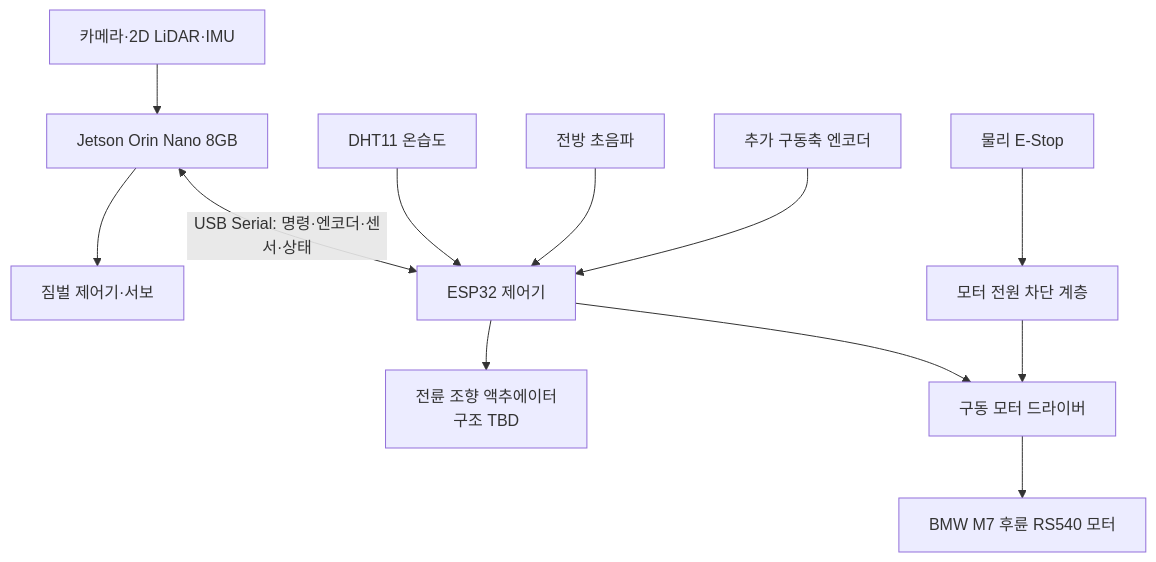
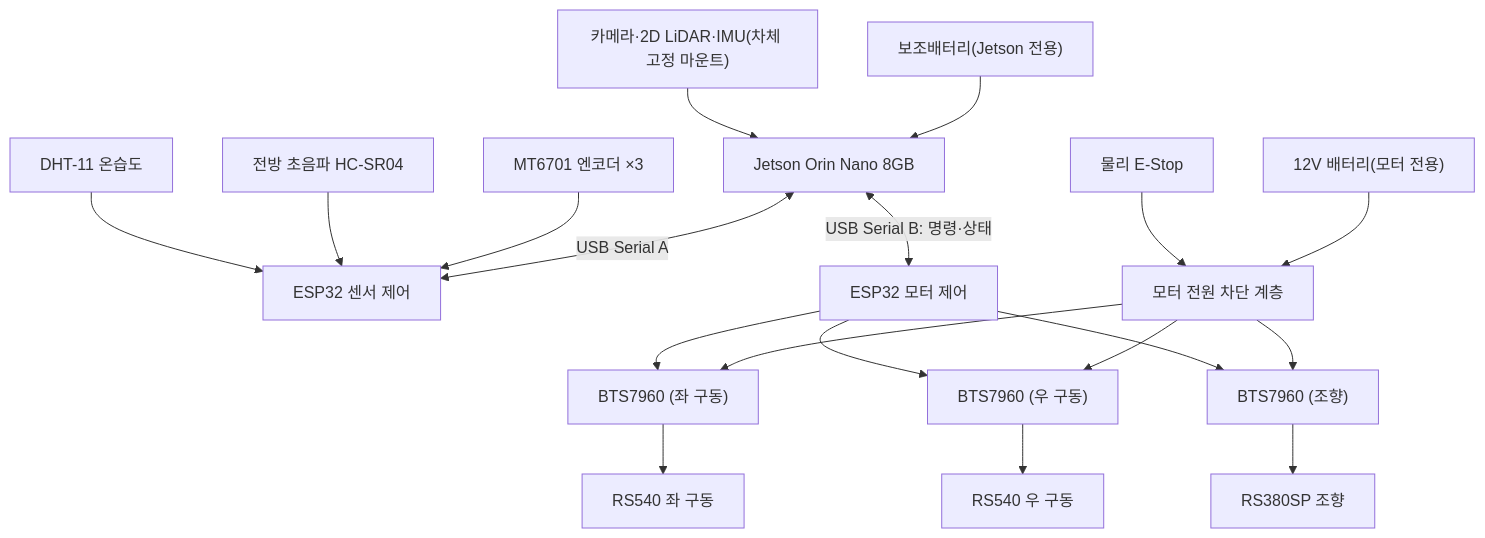
The diagram in docs/02-하드웨어.md (Common-AIOT/Sentinel-UGV), drawn with Mermaid before and after one commit. The commit also changed other lines of this file and 7 other files, not shown here.

````diff
--- a/docs/02-하드웨어.md
+++ b/docs/02-하드웨어.md
@@ -95,14 +94,21 @@
 ```mermaid
 flowchart TB
-    sensors["카메라·2D LiDAR·IMU"] --> jetson["Jetson Orin Nano 8GB"]
-    environment["DHT11 온습도"] --> esp32["ESP32 제어기"]
-    ultrasonic["전방 초음파"] --> esp32
-    jetson <-->|"USB Serial: 명령·엔코더·센서·상태"| esp32
-    esp32 --> driver["구동 모터 드라이버"]
-    driver --> motor["BMW M7 후륜 RS540 모터"]
-    encoder["추가 구동축 엔코더"] --> esp32
-    esp32 --> steering["전륜 조향 액추에이터\n구조 TBD"]
+    sensors["카메라·2D LiDAR·IMU(차체 고정 마운트)"] --> jetson["Jetson Orin Nano 8GB"]
+    environment["DHT-11 온습도"] --> esp32s["ESP32 센서 제어"]
+    ultrasonic["전방 초음파 HC-SR04"] --> esp32s
+    encoders["MT6701 엔코더 ×3"] --> esp32s
+    jetson <-->|"USB Serial A"| esp32s
+    jetson <-->|"USB Serial B: 명령·상태"| esp32m["ESP32 모터 제어"]
+    esp32m --> driverL["BTS7960 (좌 구동)"]
+    esp32m --> driverR["BTS7960 (우 구동)"]
+    esp32m --> driverS["BTS7960 (조향)"]
+    driverL --> motorL["RS540 좌 구동"]
+    driverR --> motorR["RS540 우 구동"]
+    driverS --> motorS["RS380SP 조향"]
     estop["물리 E-Stop"] --> power["모터 전원 차단 계층"]
-    power --> driver
-    jetson --> gimbal["짐벌 제어기·서보"]
+    power --> driverL
+    power --> driverR
+    power --> driverS
+    battM["12V 배터리(모터 전용)"] --> power
+    battJ["보조배터리(Jetson 전용)"] --> jetson
 ```
````
